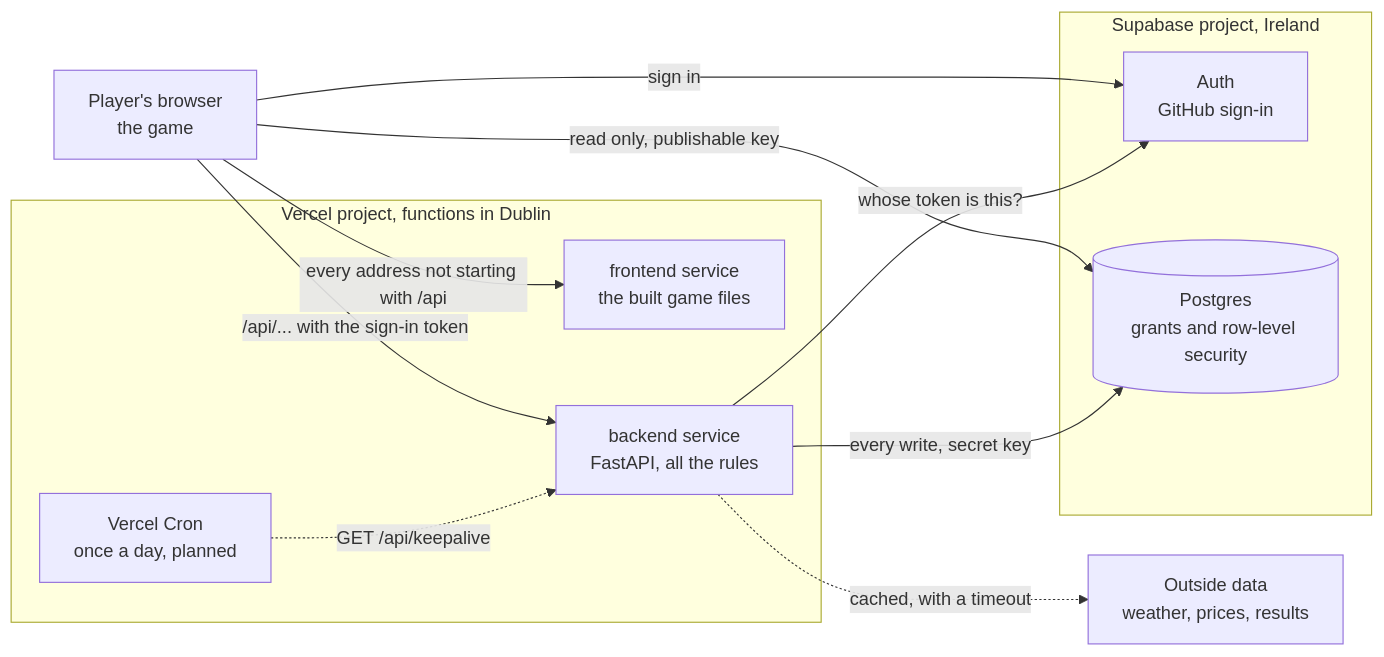
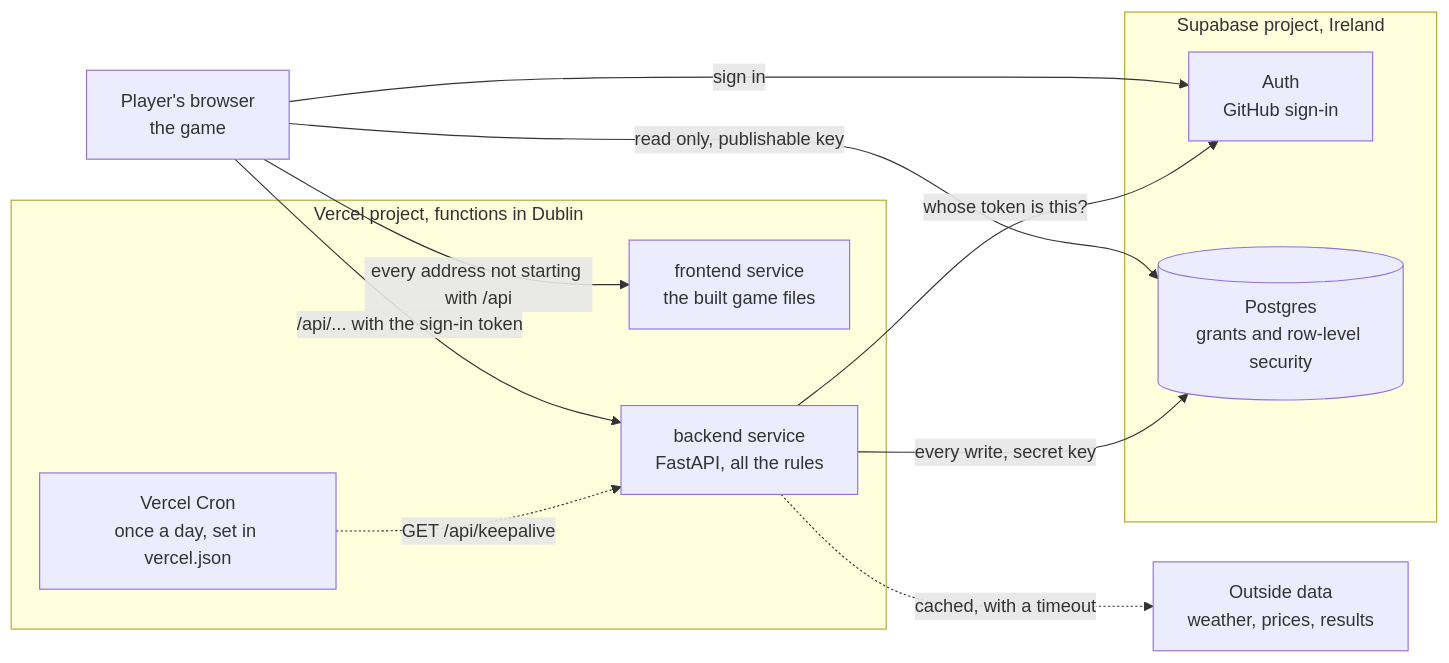
Before and after one commit to Nilsnova/The-Great-Plot-Twist: the diagram in docs/ARCHITECTURE.md, drawn with Mermaid. The commit also changed other lines of this file and 5 other files, not shown here.

````diff
--- a/docs/ARCHITECTURE.md
+++ b/docs/ARCHITECTURE.md
@@ -21,26 +21,26 @@
 ```mermaid
 flowchart LR
   browser["Player's browser<br/>the game"]
 
   subgraph vercelProject["Vercel project, functions in Dublin"]
     frontendService["frontend service<br/>the built game files"]
     backendService["backend service<br/>FastAPI, all the rules"]
-    cronJob["Vercel Cron<br/>once a day, planned"]
+    cronJob["Vercel Cron<br/>once a day, set in vercel.json"]
   end
 
   subgraph supabaseProject["Supabase project, Ireland"]
     authService["Auth<br/>GitHub sign-in"]
     database[("Postgres<br/>grants and row-level security")]
   end
 
   outside["Outside data<br/>weather, prices, results"]
 
   browser -->|"every address not starting with /api"| frontendService
   browser -->|"/api/... with the sign-in token"| backendService
   browser -->|"sign in"| authService
   browser -->|"read only, publishable key"| database
   backendService -->|"whose token is this?"| authService
   backendService -->|"every write, secret key"| database
   backendService -.->|"cached, with a timeout"| outside
   cronJob -.->|"GET /api/keepalive"| backendService
 ```
````
